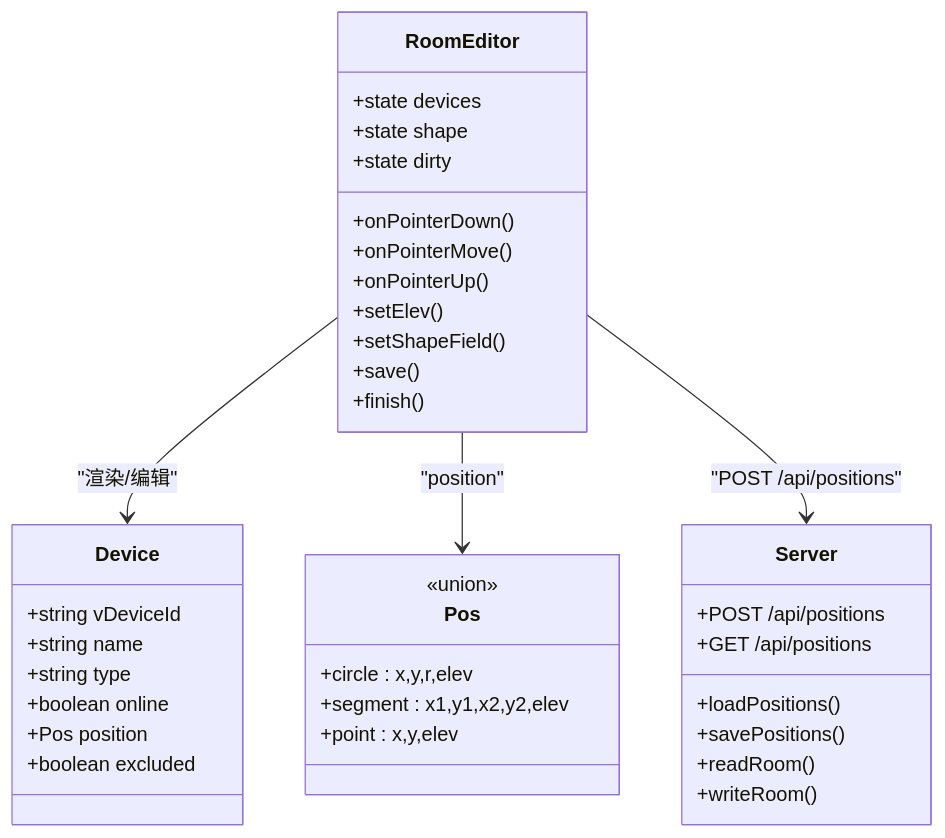
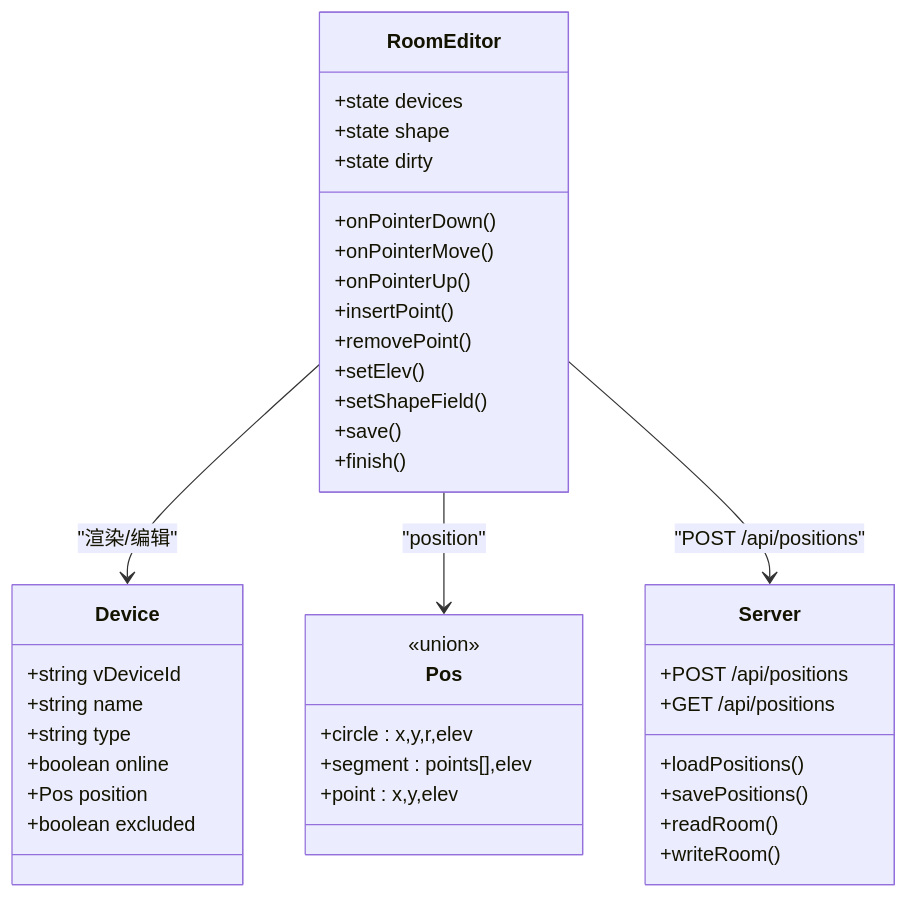
The tenth of 10 diagrams in .qoder/repowiki/zh/content/Web控制台/布局编辑器.md (zh79325/opple-cloud-adapter), drawn with Mermaid before and after one commit. The commit also changed other lines of this file and 28 other files, not shown here.

````diff
--- a/.qoder/repowiki/zh/content/Web控制台/布局编辑器.md
+++ b/.qoder/repowiki/zh/content/Web控制台/布局编辑器.md
@@ -283,40 +324,42 @@
 ```mermaid
 classDiagram
 class RoomEditor {
 +state devices
 +state shape
 +state dirty
 +onPointerDown()
 +onPointerMove()
 +onPointerUp()
++insertPoint()
++removePoint()
 +setElev()
 +setShapeField()
 +save()
 +finish()
 }
 class Device {
 +string vDeviceId
 +string name
 +string type
 +boolean online
 +Pos position
 +boolean excluded
 }
 class Pos {
 <<union>>
 +circle : x,y,r,elev
-+segment : x1,y1,x2,y2,elev
++segment : points[],elev
 +point : x,y,elev
 }
 class Server {
 +POST /api/positions
 +GET /api/positions
 +loadPositions()
 +savePositions()
 +readRoom()
 +writeRoom()
 }
 RoomEditor --> Device : "渲染/编辑"
 RoomEditor --> Pos : "position"
 RoomEditor --> Server : "POST /api/positions"
 ```
````
